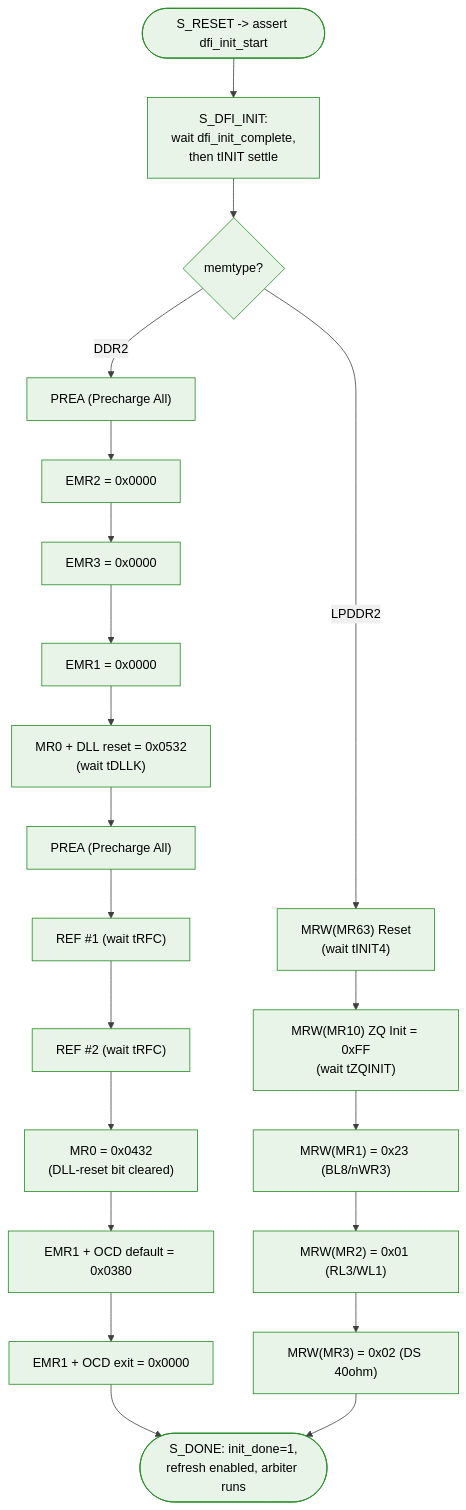
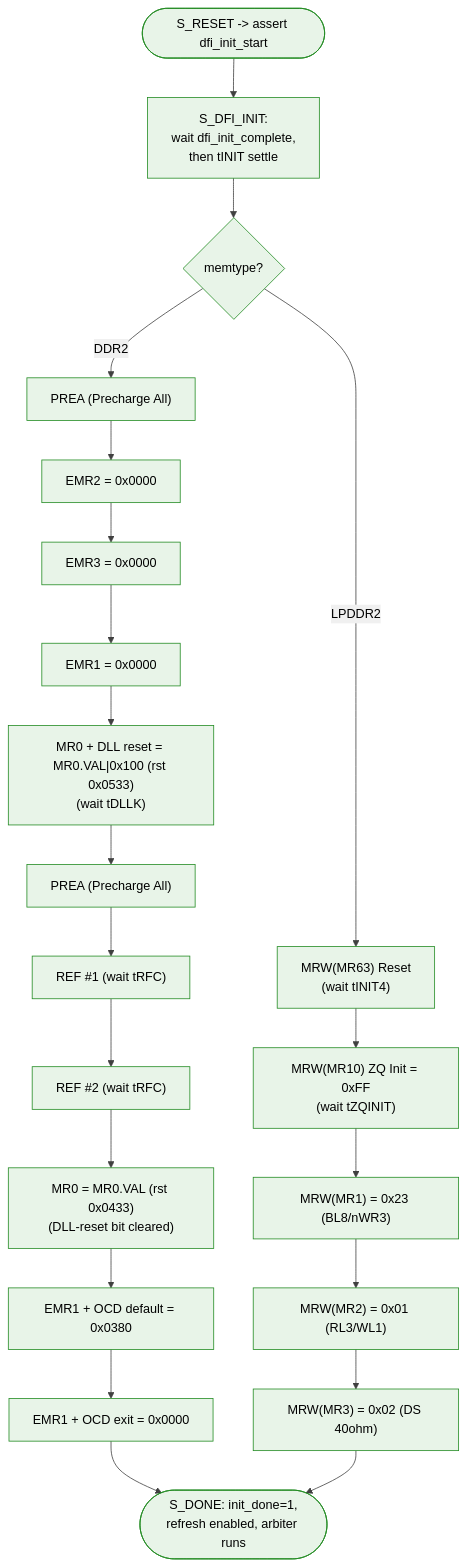
Before and after one commit to sean-galloway/RTLDesignSherpa: the diagram in projects/components/memory-controllers/pumice-ddr2-lpddr2/docs/pumice_has/assets/mermaid/05_init_engine_flow.mmd, drawn with Mermaid. The commit also changed 121 other files, not shown here.

```diff
--- a/projects/components/memory-controllers/pumice-ddr2-lpddr2/docs/pumice_has/assets/mermaid/05_init_engine_flow.mmd
+++ b/projects/components/memory-controllers/pumice-ddr2-lpddr2/docs/pumice_has/assets/mermaid/05_init_engine_flow.mmd
@@ -1,29 +1,29 @@
 %%{init: {'theme': 'base', 'themeVariables': { 'primaryColor': '#e8f4e8', 'primaryTextColor': '#000', 'primaryBorderColor': '#228B22', 'lineColor': '#404040', 'secondaryColor': '#f0f0f0', 'tertiaryColor': '#fff'}}}%%
 flowchart TD
     %% init_sequencer (rtl/fub/init_sequencer.sv): issues real MRS/PRE/REF to the
     %% DRAM via the arbiter while init_busy. Each cmd state = one cycle, then S_WAIT.
     start(["S_RESET -> assert dfi_init_start"])
     start --> dfi["S_DFI_INIT:<br/>wait dfi_init_complete,<br/>then tINIT settle"]
     dfi --> mt{memtype?}
 
     mt -->|DDR2| d_prea1["PREA (Precharge All)"]
     d_prea1 --> d_emr2["EMR2 = 0x0000"]
     d_emr2 --> d_emr3["EMR3 = 0x0000"]
     d_emr3 --> d_emr1["EMR1 = 0x0000"]
-    d_emr1 --> d_mr0dll["MR0 + DLL reset = 0x0532<br/>(wait tDLLK)"]
+    d_emr1 --> d_mr0dll["MR0 + DLL reset = MR0.VAL|0x100 (rst 0x0533)<br/>(wait tDLLK)"]
     d_mr0dll --> d_prea2["PREA (Precharge All)"]
     d_prea2 --> d_ref1["REF #1 (wait tRFC)"]
     d_ref1 --> d_ref2["REF #2 (wait tRFC)"]
-    d_ref2 --> d_mr0["MR0 = 0x0432<br/>(DLL-reset bit cleared)"]
+    d_ref2 --> d_mr0["MR0 = MR0.VAL (rst 0x0433)<br/>(DLL-reset bit cleared)"]
     d_mr0 --> d_ocddef["EMR1 + OCD default = 0x0380"]
     d_ocddef --> d_ocdexit["EMR1 + OCD exit = 0x0000"]
     d_ocdexit --> done
 
     mt -->|LPDDR2| l_reset["MRW(MR63) Reset<br/>(wait tINIT4)"]
     l_reset --> l_zq["MRW(MR10) ZQ Init = 0xFF<br/>(wait tZQINIT)"]
     l_zq --> l_mr1["MRW(MR1) = 0x23 (BL8/nWR3)"]
     l_mr1 --> l_mr2["MRW(MR2) = 0x01 (RL3/WL1)"]
     l_mr2 --> l_mr3["MRW(MR3) = 0x02 (DS 40ohm)"]
     l_mr3 --> done
 
     done(["S_DONE: init_done=1,<br/>refresh enabled, arbiter runs"])
```
